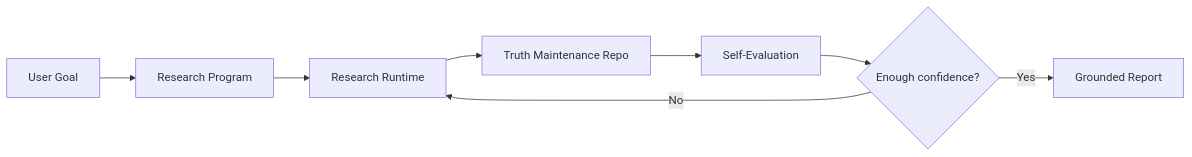
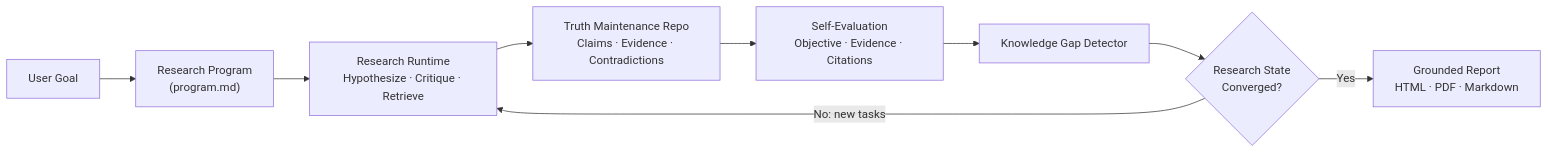
Before and after one commit to karthikeyaparunandi/legal-autoresearch-os: the first of 2 diagrams in README.md, drawn with Mermaid. The commit also changed other lines of this file, not shown here.

Commit message:
Clarify research control loop architecture

````diff
--- a/README.md
+++ b/README.md
@@ -23,10 +23,11 @@
 ```mermaid
 flowchart LR
-    user["User Goal"] --> program["Research Program"]
-    program --> runtime["Research Runtime"]
-    runtime --> repo["Truth Maintenance Repo"]
-    repo --> eval["Self-Evaluation"]
-    eval --> decision{"Enough confidence?"}
-    decision -- "No" --> runtime
-    decision -- "Yes" --> report["Grounded Report"]
+    goal["User Goal"] --> program["Research Program<br/>(program.md)"]
+    program --> runtime["Research Runtime<br/>Hypothesize · Critique · Retrieve"]
+    runtime --> truth["Truth Maintenance Repo<br/>Claims · Evidence · Contradictions"]
+    truth --> eval["Self-Evaluation<br/>Objective · Evidence · Citations"]
+    eval --> gaps["Knowledge Gap Detector"]
+    gaps --> converged{"Research State<br/>Converged?"}
+    converged -- "No: new tasks" --> runtime
+    converged -- "Yes" --> report["Grounded Report<br/>HTML · PDF · Markdown"]
 ```
````
